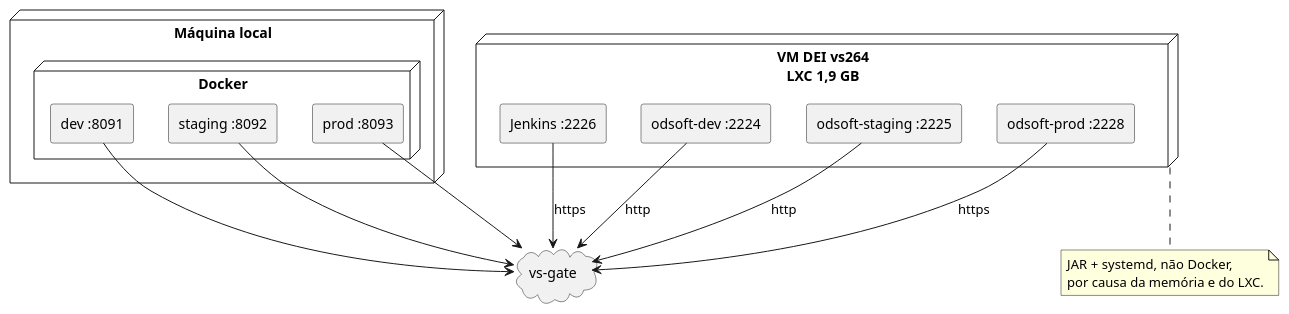
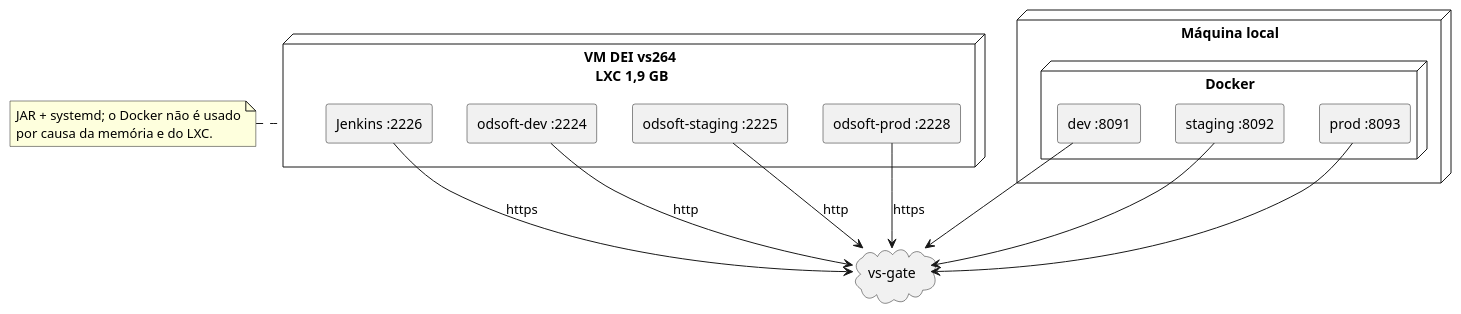
The diagram in Docs/ambientes.puml (OliveiraDiogo1/ODSOFT_1240447), drawn with PlantUML before and after one commit. The commit also changed 7 other files, not shown here.

```diff
--- a/Docs/ambientes.puml
+++ b/Docs/ambientes.puml
@@ -1,32 +1,32 @@
 @startuml
 node "Máquina local" {
   node "Docker" {
     rectangle "dev :8091" as LocalDev
     rectangle "staging :8092" as LocalStaging
     rectangle "prod :8093" as LocalProd
   }
 }
 
-node "VM DEI vs264\nLXC 1,9 GB" as VM {
+node "VM DEI vs264\n LXC 1,9 GB" as VM {
   rectangle "Jenkins :2226" as Jenkins
   rectangle "odsoft-dev :2224" as Dev
   rectangle "odsoft-staging :2225" as Staging
   rectangle "odsoft-prod :2228" as Prod
 }
 
 cloud "vs-gate" as Gate
 
 LocalDev --> Gate
 LocalStaging --> Gate
 LocalProd --> Gate
 Dev --> Gate : http
 Staging --> Gate : http
 Prod --> Gate : https
 Jenkins --> Gate : https
 
-note bottom of VM
-  JAR + systemd, não Docker,
+note left of VM
+  JAR + systemd; o Docker não é usado
   por causa da memória e do LXC.
 end note
 
 @enduml
```
